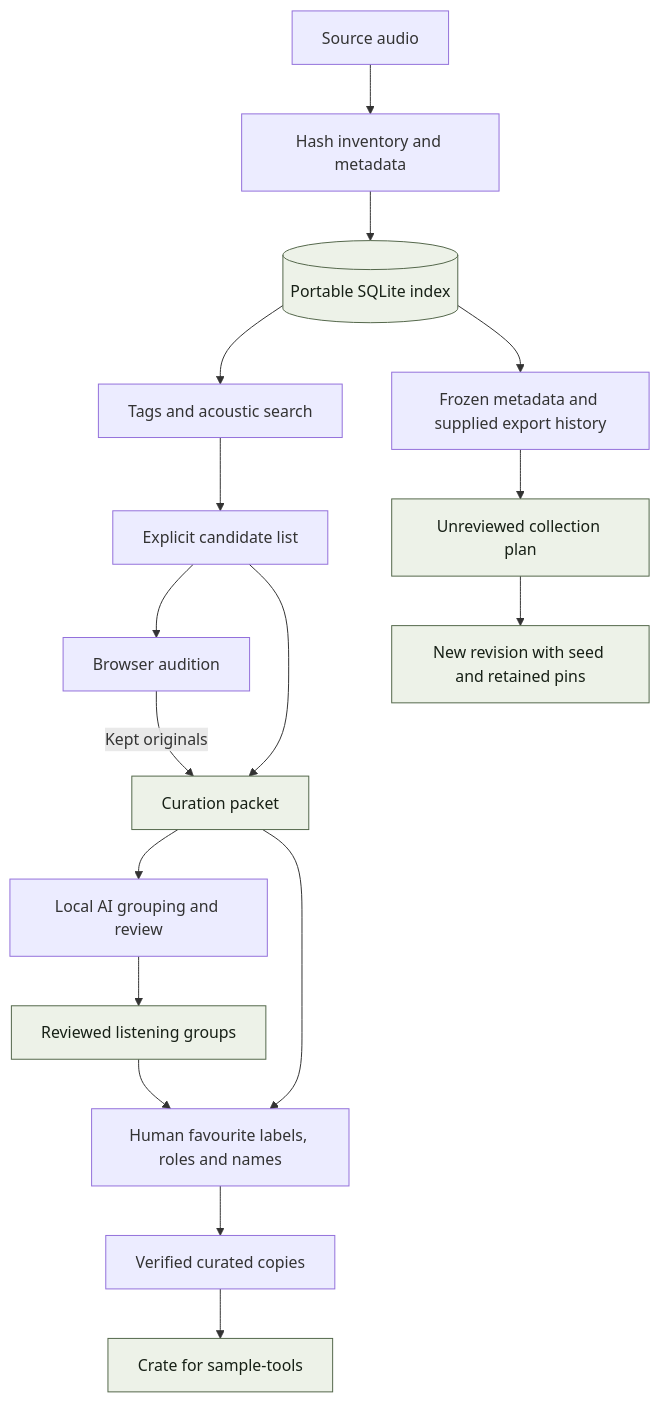
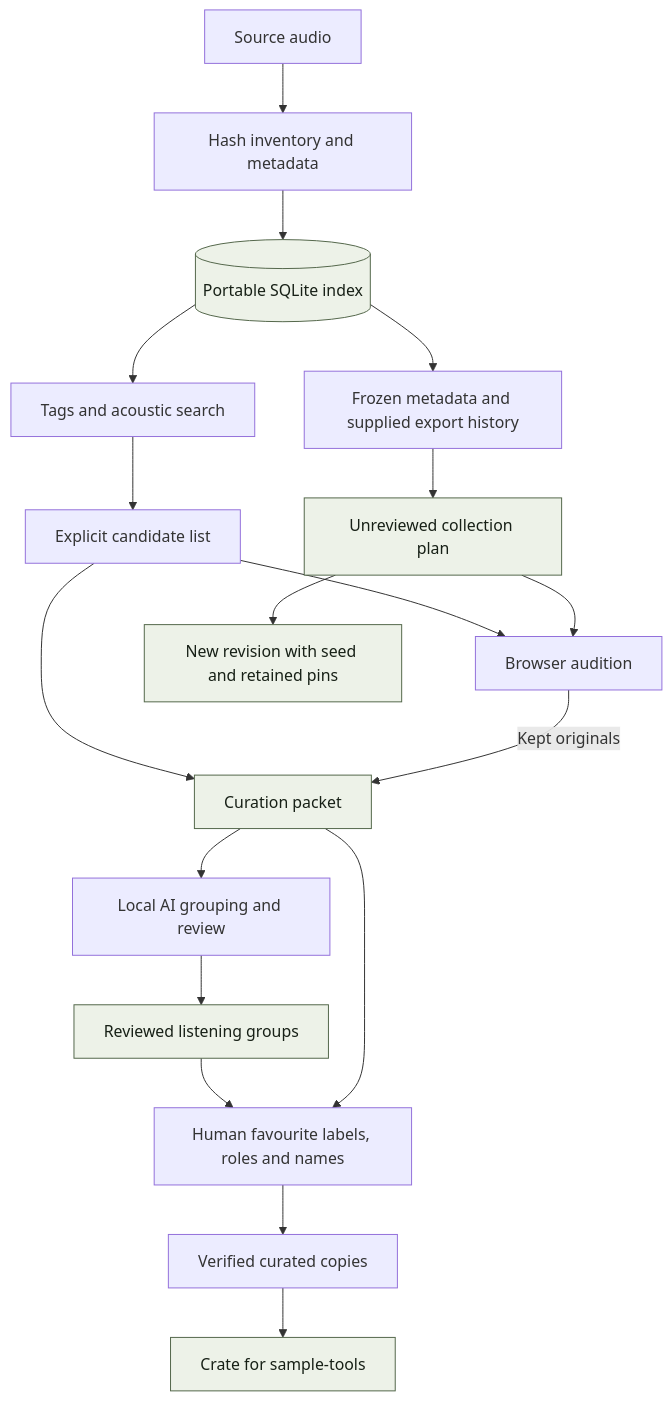
The diagram in library-tools/ARCHITECTURE.md (you1anna/eidetic-sample-tools), drawn with Mermaid before and after one commit. The commit also changed other lines of this file and 55 other files, not shown here.

````diff
--- a/library-tools/ARCHITECTURE.md
+++ b/library-tools/ARCHITECTURE.md
@@ -13,21 +13,22 @@
 ```mermaid
 flowchart TD
     Audio[Source audio] --> Scan[Hash inventory and metadata]
     Scan --> DB[(Portable SQLite index)]
     DB --> Search[Tags and acoustic search]
     Search --> Candidates[Explicit candidate list]
     Candidates --> Listen[Browser audition]
     Candidates --> Packet[Curation packet]
     Listen -->|Kept originals| Packet
     Packet --> AI[Local AI grouping and review]
     AI --> Groups[Reviewed listening groups]
     Groups --> Labels
     Packet --> Labels[Human favourite labels, roles and names]
     Labels --> Promote[Verified curated copies]
     Promote --> Crate[Crate for sample-tools]
     DB --> Snapshot[Frozen metadata and supplied export history]
     Snapshot --> Plan[Unreviewed collection plan]
+    Plan --> Listen
     Plan --> Revision[New revision with seed and retained pins]
     classDef evidence fill:#edf2e8,stroke:#53674a,color:#172016;
     class DB,Packet,Groups,Crate,Plan,Revision evidence;
 ```
````
